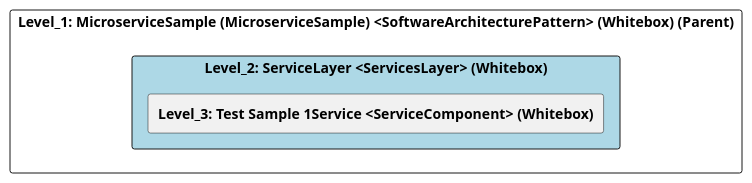
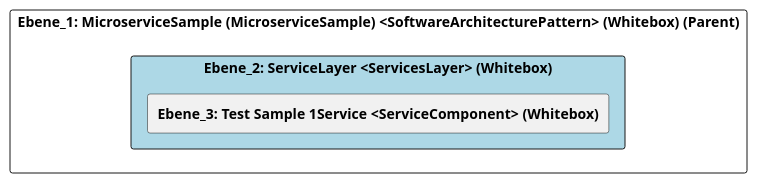
Before and after one commit to marcozwyssig/cleon: the diagram in src/cleon.architecturemethods.arc42.sample/doc/cleon_architecturemethods_arc42_sample_software_microservice/adoc/en/05_building_block_view/microservicesample/servicelayer/level_2_servicelayer.adoc, drawn with PlantUML. The commit also changed other lines of this file and 219 other files, not shown here.

```diff
--- a/src/cleon.architecturemethods.arc42.sample/doc/cleon_architecturemethods_arc42_sample_software_microservice/adoc/en/05_building_block_view/microservicesample/servicelayer/level_2_servicelayer.adoc
+++ b/src/cleon.architecturemethods.arc42.sample/doc/cleon_architecturemethods_arc42_sample_software_microservice/adoc/en/05_building_block_view/microservicesample/servicelayer/level_2_servicelayer.adoc
@@ -20,24 +20,24 @@
-[plantuml, Level_2: ServiceLayer <ServicesLayer> (Whitebox)BlockOverview, format="svg"]
+[plantuml, Ebene_2: ServiceLayer <ServicesLayer> (Whitebox)BlockOverview, format="svg"]
 ----
-@startuml Level_2: ServiceLayer <ServicesLayer> (Whitebox)BuildingBlockOverview
+@startuml Ebene_2: ServiceLayer <ServicesLayer> (Whitebox)BuildingBlockOverview
 
 skinparam ranksep 10
 skinparam componentStyle rectangle
 skinparam shadowing false
 skinparam arrowColor lightblue
 skinparam arrowThickness 1.2
 skinparam rectangle {
   BackgroundColor White
   BorderColor #333
   RoundCorner 10
 }
 top to bottom direction
 
-component "Level_1: MicroserviceSample (MicroserviceSample) <SoftwareArchitecturePattern> (Whitebox) (Parent)" {
-    component "Level_2: ServiceLayer <ServicesLayer> (Whitebox)" #lightblue {
-        [**Level_3: Test Sample 1Service <ServiceComponent> (Whitebox)**] as 1A37904D_EA44_11F0_ABD2_39998C8C9596
+component "Ebene_1: MicroserviceSample (MicroserviceSample) <SoftwareArchitecturePattern> (Whitebox) (Parent)" {
+    component "Ebene_2: ServiceLayer <ServicesLayer> (Whitebox)" #lightblue {
+        [**Ebene_3: Test Sample 1Service <ServiceComponent> (Whitebox)**] as 313A22C6_EBCA_11F0_94F3_55208A19CD68
     }
 }
 
 @enduml
 ----
```
